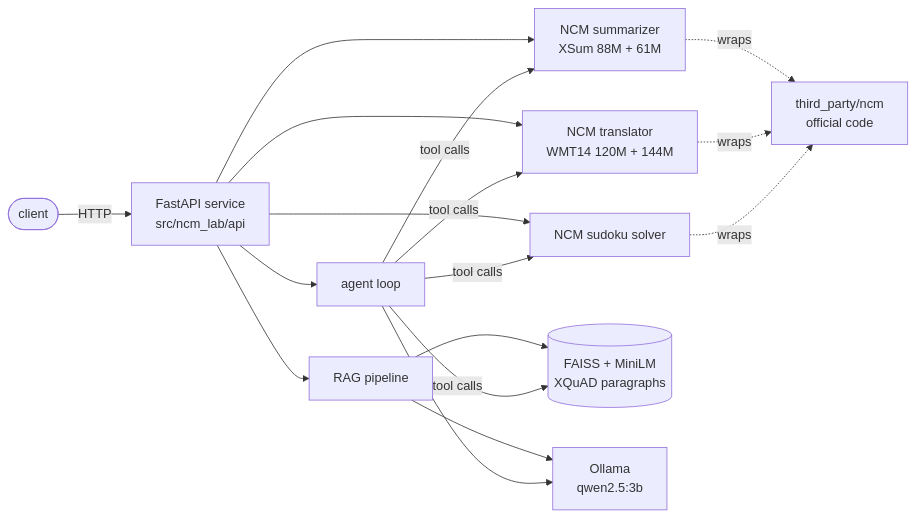
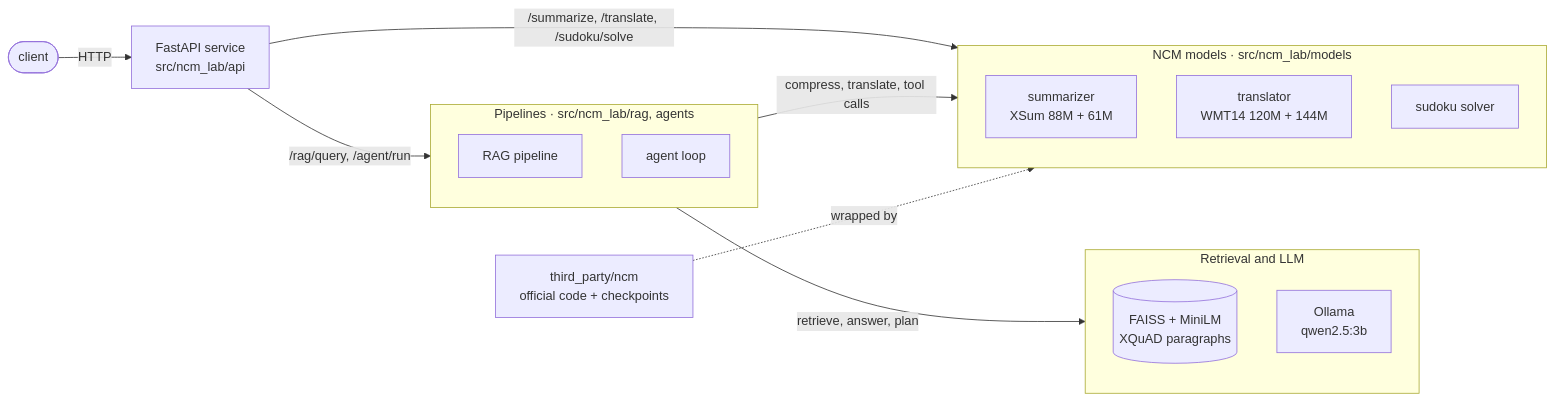
One commit to Aymenrahmanii/NCM changed the diagram in README.md. Above: the diagram before and after it, drawn with Mermaid. The commit also changed other lines of this file, not shown here.

Commit message:
docs: untangle the README service architecture diagram
Group the endpoints into pipelines, NCM models and retrieval/LLM subgraphs so
the diagram has five edges instead of fifteen crossing ones.

````diff
--- a/README.md
+++ b/README.md
@@ -113,14 +115,29 @@
 ```mermaid
 flowchart LR
-    client([client]) -->|HTTP| api[FastAPI service<br/>src/ncm_lab/api]
-    api --> sum[NCM summarizer<br/>XSum 88M + 61M]
-    api --> tr[NCM translator<br/>WMT14 120M + 144M]
-    api --> sud[NCM sudoku solver]
-    api --> rag[RAG pipeline]
-    api --> agent[agent loop]
-    rag --> store[(FAISS + MiniLM<br/>XQuAD paragraphs)]
-    rag --> llm[Ollama<br/>qwen2.5:3b]
-    agent --> llm
-    agent -->|tool calls| sum & tr & sud & store
-    sum & tr & sud -.wraps.-> official[third_party/ncm<br/>official code]
+    client([client]) -->|HTTP| api["FastAPI service<br/>src/ncm_lab/api"]
+
+    subgraph pipes ["Pipelines · src/ncm_lab/rag, agents"]
+        direction TB
+        rag["RAG pipeline"]
+        agent["agent loop"]
+    end
+
+    subgraph ncm ["NCM models · src/ncm_lab/models"]
+        direction TB
+        sum["summarizer<br/>XSum 88M + 61M"]
+        tr["translator<br/>WMT14 120M + 144M"]
+        sud["sudoku solver"]
+    end
+
+    subgraph support ["Retrieval and LLM"]
+        direction TB
+        store[("FAISS + MiniLM<br/>XQuAD paragraphs")]
+        llm["Ollama<br/>qwen2.5:3b"]
+    end
+
+    api -->|"/rag/query, /agent/run"| pipes
+    api -->|"/summarize, /translate, /sudoku/solve"| ncm
+    pipes -->|"compress, translate, tool calls"| ncm
+    pipes -->|"retrieve, answer, plan"| support
+    official["third_party/ncm<br/>official code + checkpoints"] -.->|wrapped by| ncm
 ```
````
